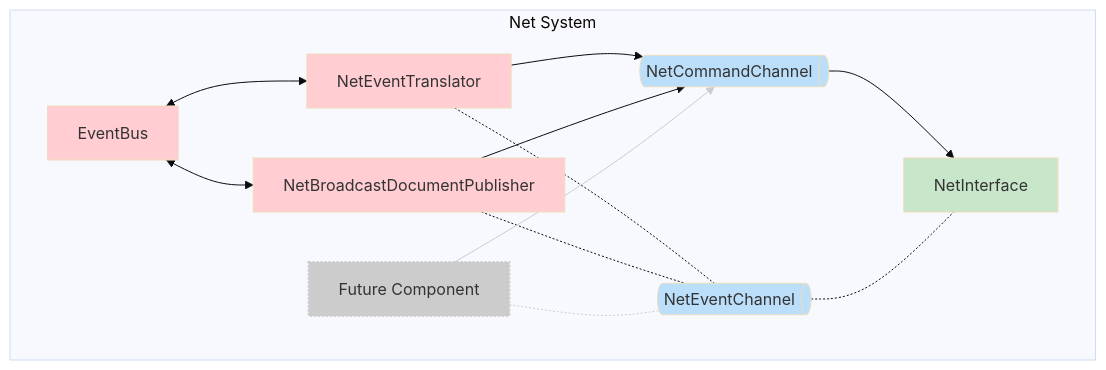
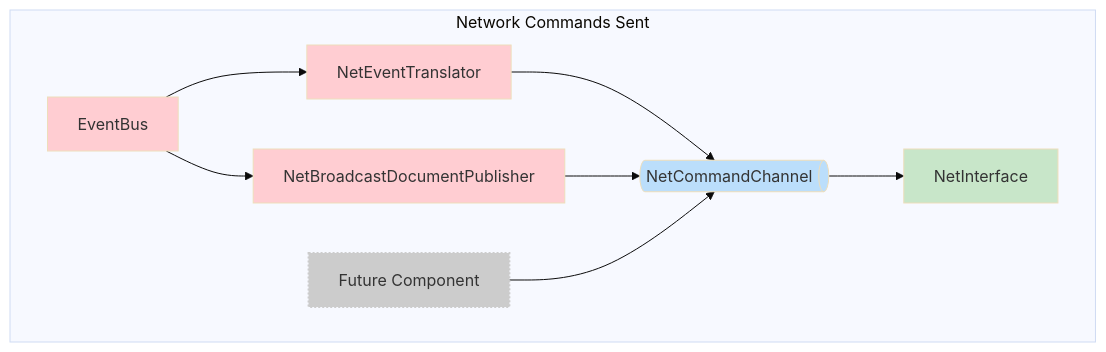
Before and after one commit to gnosisguild/enclave: the second of 2 diagrams in architecture/content/systems/NetSystem.md, drawn with Mermaid (base theme). The commit also changed other lines of this file and 11 other files, not shown here.

Commit message:
feat: further expand on system architecture through diagrams

````diff
--- a/architecture/content/systems/NetSystem.md
+++ b/architecture/content/systems/NetSystem.md
@@ -11,39 +46,30 @@
 ```mermaid
 flowchart TB
-    subgraph s1["Net System"]
+    subgraph s1["Network Commands Sent"]
+        EB["EventBus"]
         NET["NetEventTranslator"]
         NBDP["NetBroadcastDocumentPublisher"]
-        EB["EventBus"]
         NCC["NetCommandChannel"]
-        NEC["NetEventChannel"]
         NI["NetInterface"]
         FC["Future Component"]
     end
-    EB <--> NET & NBDP
+    EB --> NET & NBDP
     NET --> NCC
-    NET -.- NEC
     NCC --> NI
-    NEC -.- NI
     NBDP --> NCC
-    NBDP -.- NEC
-    FC -.- NEC
     FC --> NCC
 
     NCC@{ shape: h-cyl}
-    NEC@{ shape: h-cyl}
     style NET fill:#FFCDD2
     style NBDP fill:#FFCDD2
     style EB fill:#FFCDD2
     style NCC stroke-width:1px,stroke-dasharray: 0,fill:#BBDEFB
-    style NEC stroke-width:1px,stroke-dasharray: 0,fill:#BBDEFB
     style NI stroke-width:1px,stroke-dasharray: 0,fill:#C8E6C9
     style FC fill:#CCCCCC,stroke-width:2px,stroke-dasharray: 2,stroke:#CCCCCC
 	class EB internal-link
 	class NET internal-link
 	class NI internal-link
 	class NCC internal-link
 	class NEC internal-link
 	class NBDP internal-link
-    linkStyle 8 stroke:#CCCCCC,fill:none
-    linkStyle 9 stroke:#CCCCCC,fill:none
 ```
````
